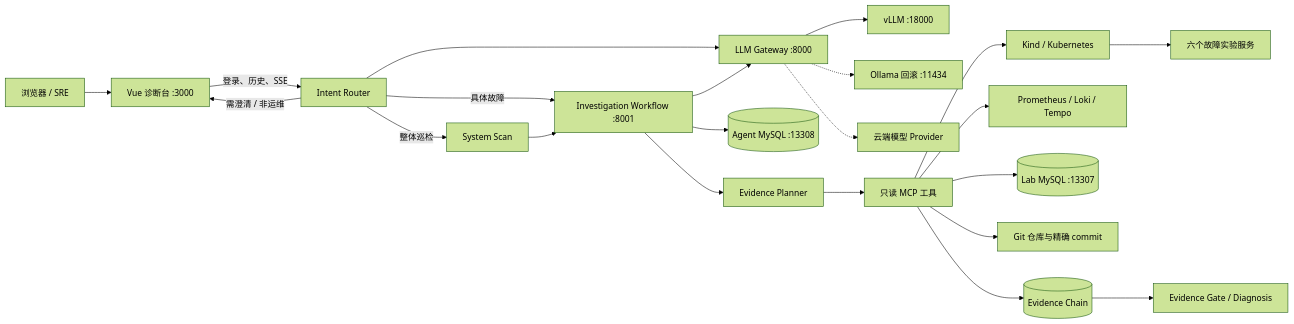
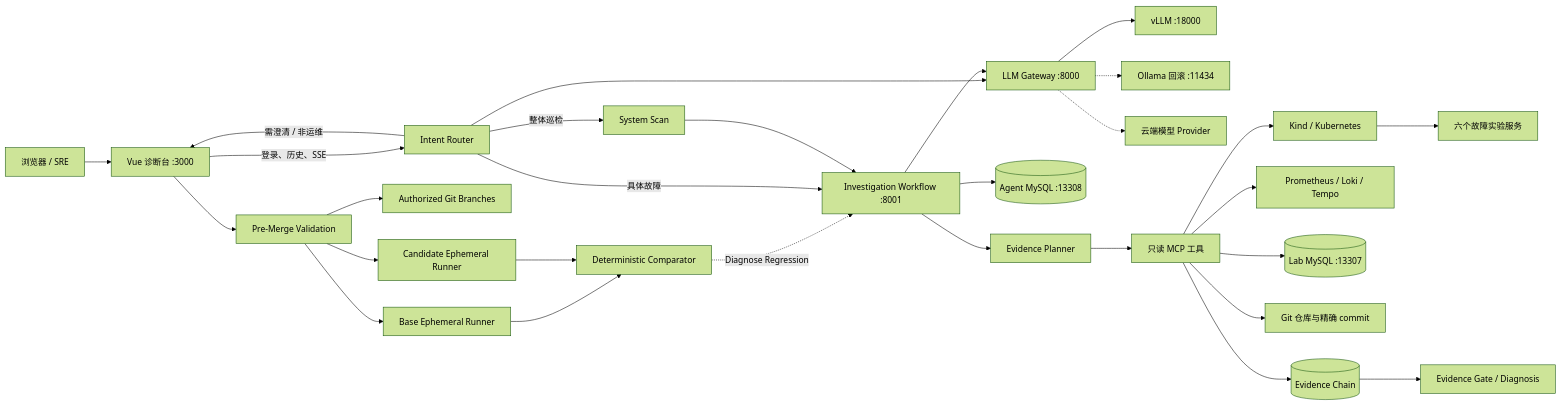
One commit to taxidriver4ever/SRE-Agent-platform changed the first of 6 diagrams in README.md. Above: the diagram before and after it, drawn with Mermaid (forest theme). The commit also changed other lines of this file and 43 other files, not shown here.

First line of the commit message:
feat(diagnosis): implement durable workflow execution, self-check auditor, and pre-merge validation engine

````diff
--- a/README.md
+++ b/README.md
@@ -72,24 +109,31 @@
 ```mermaid
 flowchart LR
     U["浏览器 / SRE"] --> F["Vue 诊断台 :3000"]
     F -->|"登录、历史、SSE"| I["Intent Router"]
+    F --> V["Pre-Merge Validation"]
+    V --> GR["Authorized Git Branches"]
+    V --> RB["Base Ephemeral Runner"]
+    V --> RC["Candidate Ephemeral Runner"]
+    RB --> VC["Deterministic Comparator"]
+    RC --> VC
+    VC -.->|"Diagnose Regression"| A
     I -->|"具体故障"| A["Investigation Workflow :8001"]
     I -->|"整体巡检"| SS["System Scan"]
     SS --> A
     I -->|"需澄清 / 非运维"| F
     I --> G["LLM Gateway :8000"]
     A --> G
     G --> VL["vLLM :18000"]
     G -.-> O["Ollama 回滚 :11434"]
     G -.-> P["云端模型 Provider"]
     A --> M[("Agent MySQL :13308")]
     A --> PL["Evidence Planner"]
     PL --> T["只读 MCP 工具"]
     T --> K["Kind / Kubernetes"]
     T --> OBS["Prometheus / Loki / Tempo"]
     T --> DB[("Lab MySQL :13307")]
     T --> R["Git 仓库与精确 commit"]
     T --> E[("Evidence Chain")]
     E --> EG["Evidence Gate / Diagnosis"]
     K --> S["六个故障实验服务"]
 ```
````
